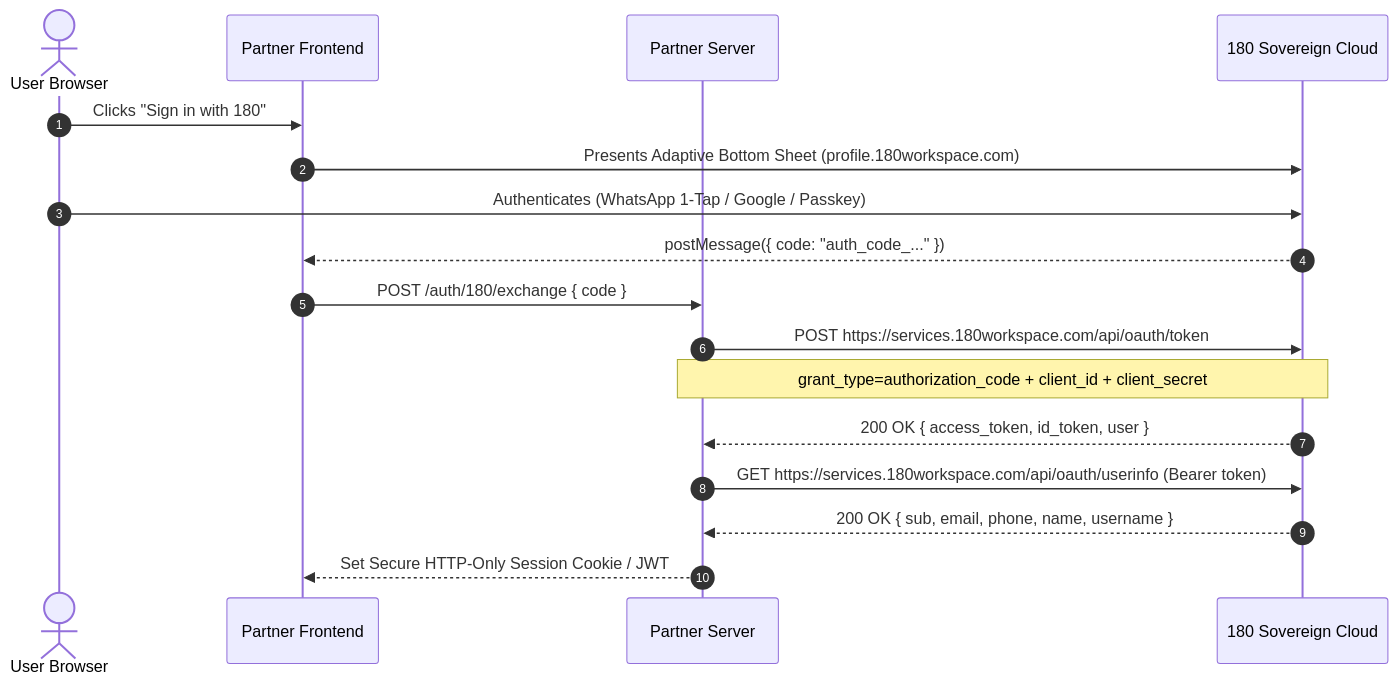
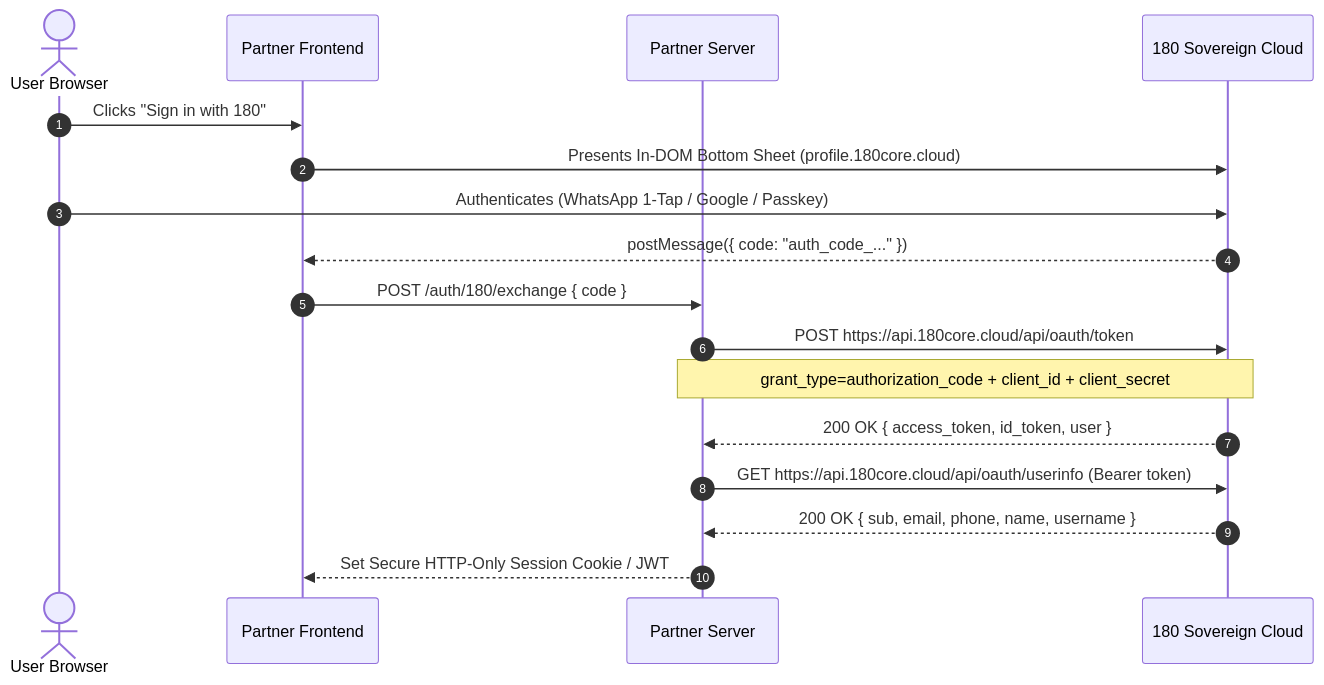
One commit to simplicion/180Public-Sites changed the diagram in apps/docs/docs/products/180-core/180-identity/06-backend-token-verification.md. Above: the diagram before and after it, drawn with Mermaid. The commit also changed other lines of this file and 41 other files, not shown here.

````diff
--- a/apps/docs/docs/products/180-core/180-identity/06-backend-token-verification.md
+++ b/apps/docs/docs/products/180-core/180-identity/06-backend-token-verification.md
@@ -17,20 +17,20 @@
 ```mermaid
 sequenceDiagram
     autonumber
     actor User as User Browser
     participant App as Partner Frontend
     participant Server as Partner Server
     participant Cloud as 180 Sovereign Cloud
 
     User->>App: Clicks "Sign in with 180"
-    App->>Cloud: Presents Adaptive Bottom Sheet (profile.180workspace.com)
+    App->>Cloud: Presents In-DOM Bottom Sheet (profile.180core.cloud)
     User->>Cloud: Authenticates (WhatsApp 1-Tap / Google / Passkey)
     Cloud-->>App: postMessage({ code: "auth_code_..." })
     App->>Server: POST /auth/180/exchange { code }
-    Server->>Cloud: POST https://services.180workspace.com/api/oauth/token
+    Server->>Cloud: POST https://api.180core.cloud/api/oauth/token
     Note over Server,Cloud: grant_type=authorization_code + client_id + client_secret
     Cloud-->>Server: 200 OK { access_token, id_token, user }
-    Server->>Cloud: GET https://services.180workspace.com/api/oauth/userinfo (Bearer token)
+    Server->>Cloud: GET https://api.180core.cloud/api/oauth/userinfo (Bearer token)
     Cloud-->>Server: 200 OK { sub, email, phone, name, username }
     Server-->>App: Set Secure HTTP-Only Session Cookie / JWT
 ```
````
